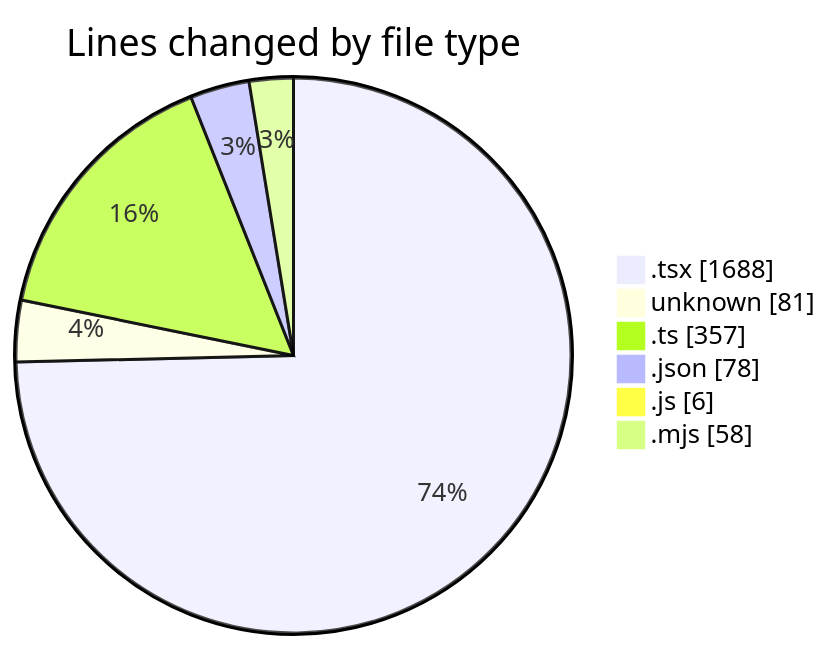
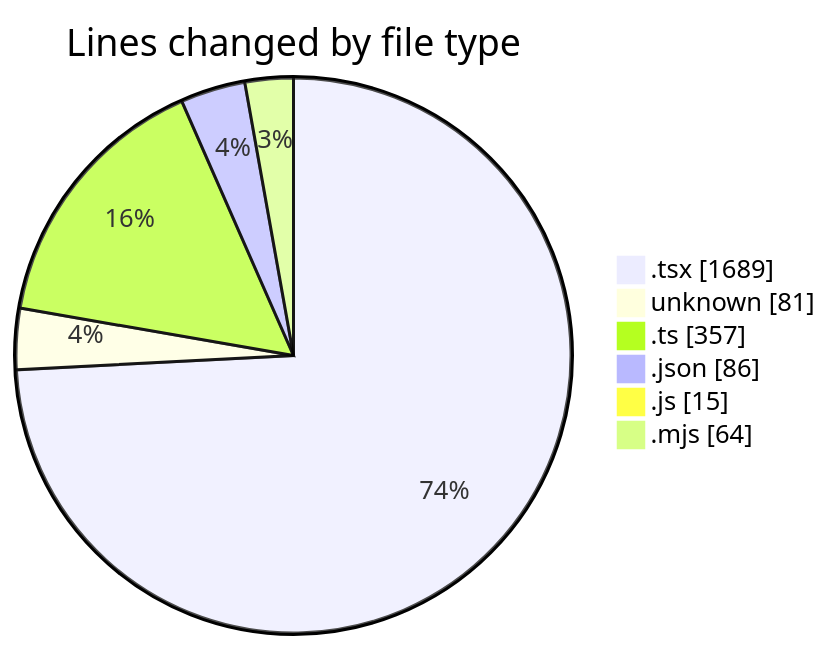
The first of 2 diagrams in 2025-05-21/niten/README.md (Elitesun/code-tracking), drawn with Mermaid before and after one commit. The commit also changed other lines of this file and 1 other file, not shown here.

````diff
--- a/2025-05-21/niten/README.md
+++ b/2025-05-21/niten/README.md
@@ -46,10 +48,10 @@
 ```mermaid
 pie showData
 title Lines changed by file type
-".tsx" : 1688
+".tsx" : 1689
 "unknown" : 81
 ".ts" : 357
-".json" : 78
-".js" : 6
-".mjs" : 58
+".json" : 86
+".js" : 15
+".mjs" : 64
 ```
````
